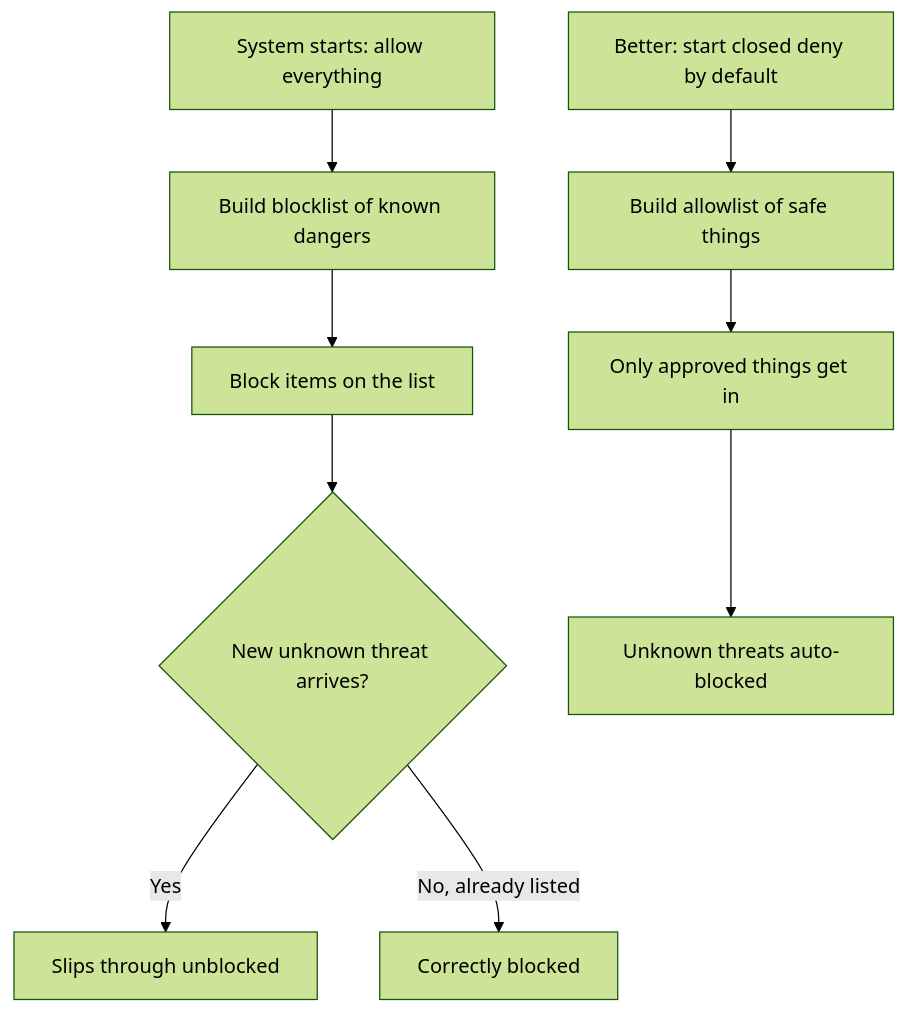
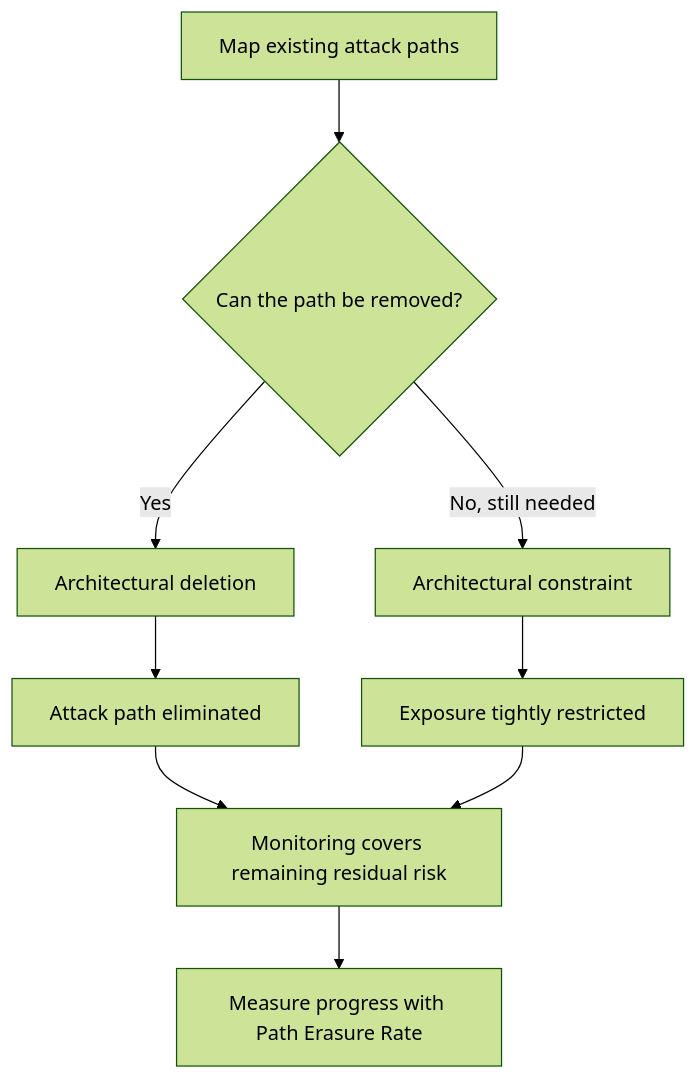
Before and after one commit to jeonck/explainit: the diagram in content/posts/2026-08-05-why-starting-safe-is-smarter-than-removing-danger-later.md, drawn with Mermaid (forest theme). The commit also changed other lines of this file, not shown here.

````diff
--- a/content/posts/2026-08-05-why-starting-safe-is-smarter-than-removing-danger-later.md
+++ b/content/posts/2026-08-05-why-starting-safe-is-smarter-than-removing-danger-later.md
@@ -26,11 +27,11 @@
 ```mermaid
 flowchart TD
-    A[System starts: allow everything] --> B[Build blocklist of known dangers]
-    B --> C[Block items on the list]
-    C --> D{New unknown threat arrives?}
-    D -- Yes --> E[Slips through unblocked]
-    D -- No, already listed --> F[Correctly blocked]
-    G[Better: start closed deny by default] --> H[Build allowlist of safe things]
-    H --> I[Only approved things get in]
-    I --> J[Unknown threats auto-blocked]
+    A[Map existing attack paths] --> B{Can the path be removed?}
+    B -- Yes --> C[Architectural deletion]
+    B -- No, still needed --> D[Architectural constraint]
+    C --> E[Attack path eliminated]
+    D --> F[Exposure tightly restricted]
+    E --> G[Monitoring covers remaining residual risk]
+    F --> G
+    G --> H[Measure progress with Path Erasure Rate]
 ```
````
